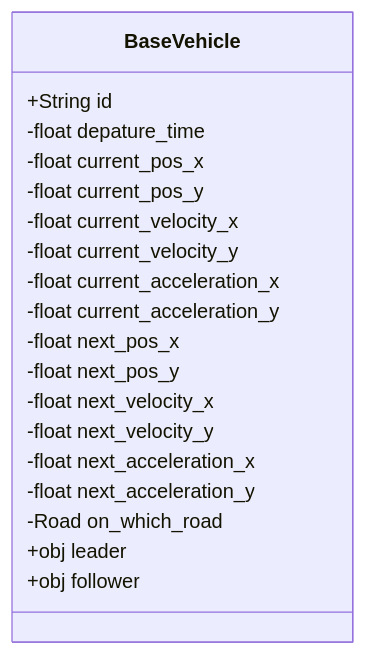
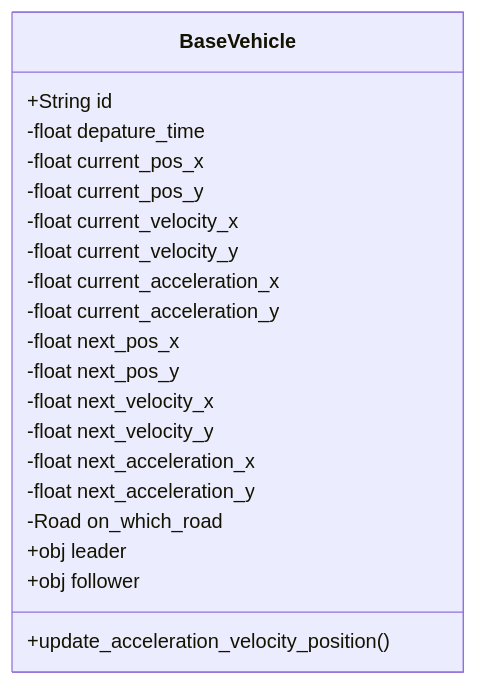
The first of 3 diagrams in DESIGNDOC.md (IvoryGate/simulation_2d), drawn with Mermaid before and after one commit. The commit also changed 13 other files, not shown here.

````diff
--- a/DESIGNDOC.md
+++ b/DESIGNDOC.md
@@ -6,21 +6,22 @@
 ```mermaid
 classDiagram
       BaseVehicle : +String id
       BaseVehicle : -float depature_time
       BaseVehicle : -float current_pos_x
       BaseVehicle : -float current_pos_y
       BaseVehicle : -float current_velocity_x
       BaseVehicle : -float current_velocity_y
       BaseVehicle : -float current_acceleration_x
       BaseVehicle : -float current_acceleration_y
       BaseVehicle : -float next_pos_x
       BaseVehicle : -float next_pos_y
       BaseVehicle : -float next_velocity_x
       BaseVehicle : -float next_velocity_y
       BaseVehicle : -float next_acceleration_x
       BaseVehicle : -float next_acceleration_y
       BaseVehicle : -Road on_which_road
       BaseVehicle : +obj leader
       BaseVehicle : +obj follower
+      BaseVehicle : +update_acceleration_velocity_position()
       
 ```
````
